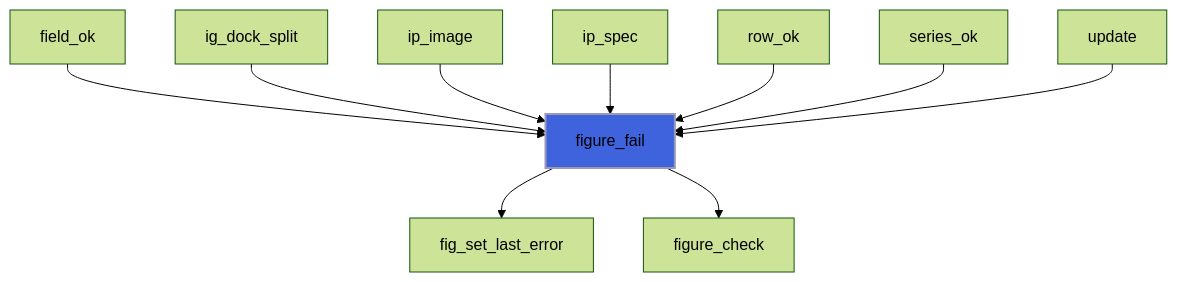
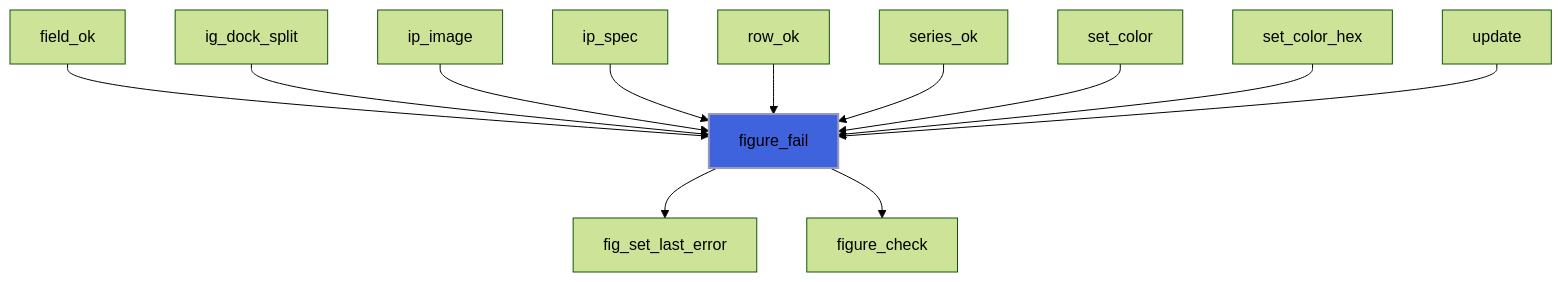
Before and after one commit to szaghi/figure: the third of 5 diagrams in docs/api/src/lib/figure_base.md, drawn with Mermaid (forest theme). The commit also changed other lines of this file and 31 other files, not shown here.

````diff
--- a/docs/api/src/lib/figure_base.md
+++ b/docs/api/src/lib/figure_base.md
@@ -105,13 +109,15 @@
 ```mermaid
 flowchart TD
   field_ok["field_ok"] --> figure_fail["figure_fail"]
   ig_dock_split["ig_dock_split"] --> figure_fail["figure_fail"]
   ip_image["ip_image"] --> figure_fail["figure_fail"]
   ip_spec["ip_spec"] --> figure_fail["figure_fail"]
   row_ok["row_ok"] --> figure_fail["figure_fail"]
   series_ok["series_ok"] --> figure_fail["figure_fail"]
+  set_color["set_color"] --> figure_fail["figure_fail"]
+  set_color_hex["set_color_hex"] --> figure_fail["figure_fail"]
   update["update"] --> figure_fail["figure_fail"]
   figure_fail["figure_fail"] --> fig_set_last_error["fig_set_last_error"]
   figure_fail["figure_fail"] --> figure_check["figure_check"]
   style figure_fail fill:#3e63dd,stroke:#99b,stroke-width:2px
 ```
````
